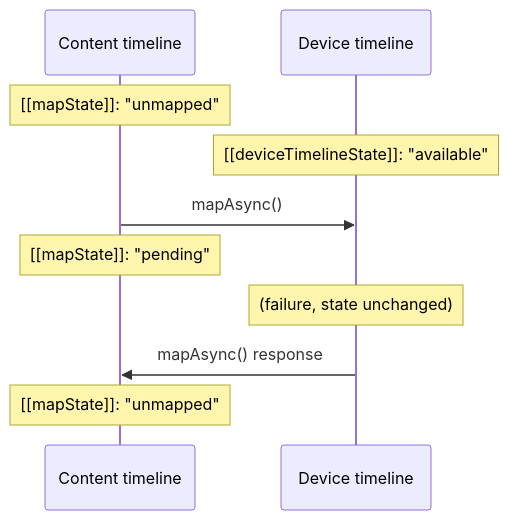
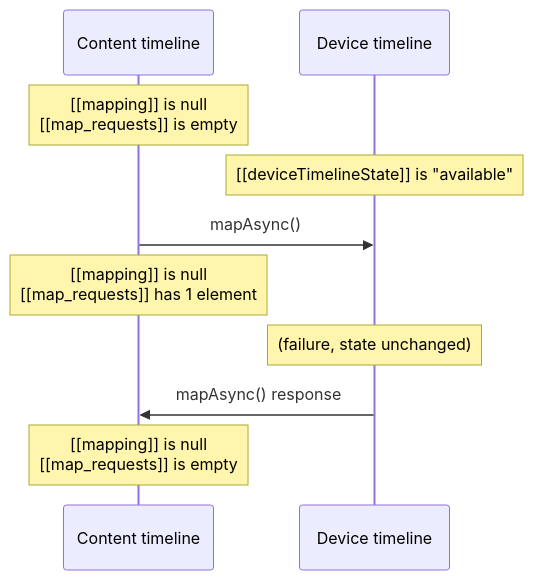
The diagram in spec/diagrams/buffer-map-failure.mmd (gpuweb/gpuweb), drawn with Mermaid before and after one commit. The commit also changed 4 other files, not shown here.

Commit message:
diagram updates and nits

```diff
--- a/spec/diagrams/buffer-map-failure.mmd
+++ b/spec/diagrams/buffer-map-failure.mmd
@@ -1,8 +1,8 @@
 sequenceDiagram
-    Note over Content timeline: [[mapState]]: "unmapped"
-    Note over Device timeline: [[deviceTimelineState]]: "available"
+    Note over Content timeline: [[mapping]] is null<br>[[map_requests]] is empty
+    Note over Device timeline: [[deviceTimelineState]] is "available"
     Content timeline ->> Device timeline: mapAsync()
-    Note over Content timeline: [[mapState]]: "pending"
+    Note over Content timeline: [[mapping]] is null<br>[[map_requests]] has 1 element
     Note over Device timeline: (failure, state unchanged)
     Device timeline ->> Content timeline: mapAsync() response
-    Note over Content timeline: [[mapState]]: "unmapped"
+    Note over Content timeline: [[mapping]] is null<br>[[map_requests]] is empty
```
